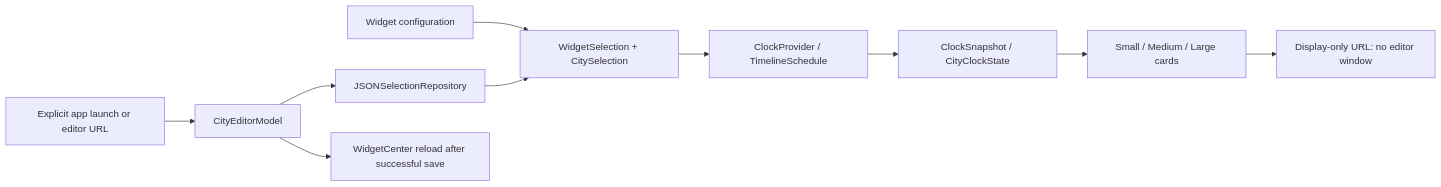
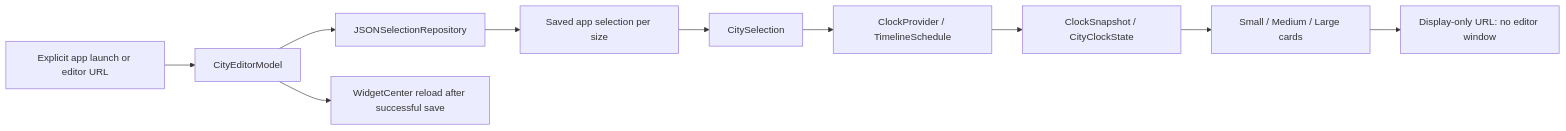
Before and after one commit to ac1982/world-clock-widget: the diagram in docs/architecture.md, drawn with Mermaid. The commit also changed other lines of this file and 11 other files, not shown here.

````diff
--- a/docs/architecture.md
+++ b/docs/architecture.md
@@ -9,12 +9,12 @@
 ```mermaid
 flowchart LR
-    Intent[Widget configuration] --> Selection[WidgetSelection + CitySelection]
-    JSON[JSONSelectionRepository] --> Selection
+    Settings[Saved app selection per size] --> Selection[CitySelection]
+    JSON[JSONSelectionRepository] --> Settings
     Selection --> Timeline[ClockProvider / TimelineSchedule]
     Timeline --> Snapshot[ClockSnapshot / CityClockState]
     Snapshot --> Cards[Small / Medium / Large cards]
     Cards --> Passive[Display-only URL: no editor window]
     Explicit[Explicit app launch or editor URL] --> Editor[CityEditorModel]
     Editor --> JSON
     Editor --> Reload[WidgetCenter reload after successful save]
 ```
````
